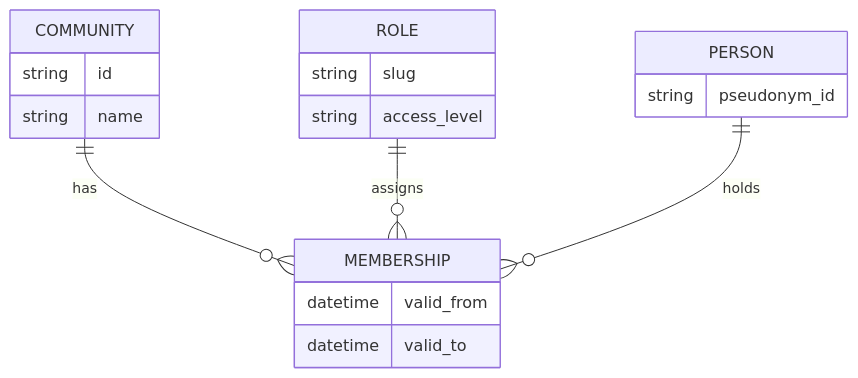
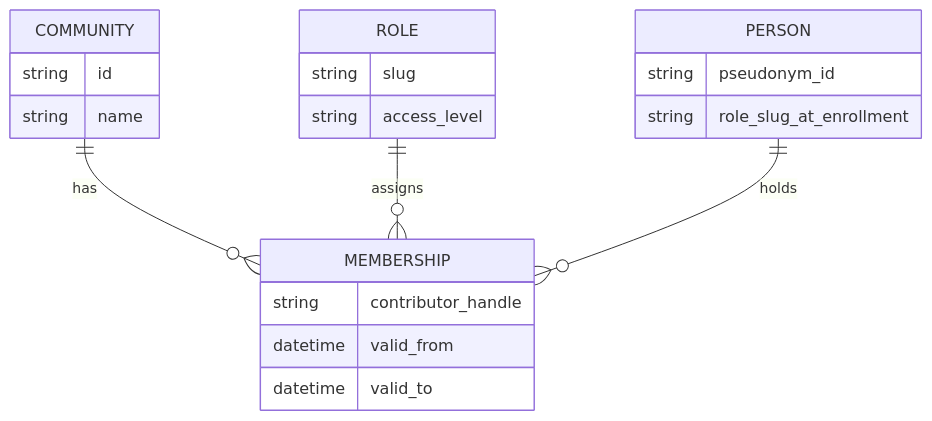
One commit to ariutokintumi/IAldea-org changed the second of 2 diagrams in docs/planning/dia_02_gobernanza_roles_y_accesos.md. Above: the diagram before and after it, drawn with Mermaid. The commit also changed other lines of this file and 1 other file, not shown here.

Commit message:
docs: contributor_handle pseudónimo, matriz Día 2 y SOUL.example

````diff
--- a/docs/planning/dia_02_gobernanza_roles_y_accesos.md
+++ b/docs/planning/dia_02_gobernanza_roles_y_accesos.md
@@ -108,22 +109,24 @@
 ```mermaid
 erDiagram
   COMMUNITY ||--o{ MEMBERSHIP : has
   ROLE ||--o{ MEMBERSHIP : assigns
   PERSON ||--o{ MEMBERSHIP : holds
 
   COMMUNITY {
     string id
     string name
   }
   ROLE {
     string slug
     string access_level
   }
   MEMBERSHIP {
+    string contributor_handle
     datetime valid_from
     datetime valid_to
   }
   PERSON {
     string pseudonym_id
+    string role_slug_at_enrollment
   }
 ```
````
